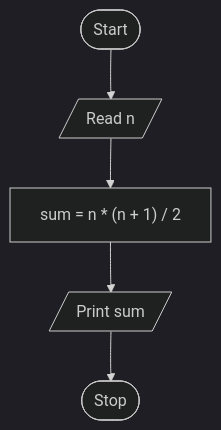
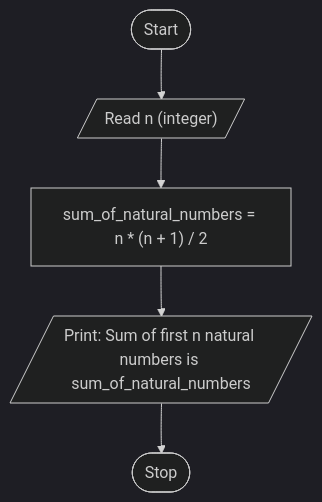
Before and after one commit to asvnphanindra/2026-27_PythonProgrammingCourse: the diagram in .faculty/observations/u1t8nat.md, drawn with Mermaid (dark theme). The commit also changed 20 other files, not shown here.

Commit message:
Expand Full-observation flowcharts with step-by-step Mermaid detail.

````diff
--- a/.faculty/observations/u1t8nat.md
+++ b/.faculty/observations/u1t8nat.md
@@ -40,12 +40,9 @@
 ```mermaid
 flowchart TD
-    N0(["Start"])
-    N1[/"Read n"/]
-    N2["sum = n * (n + 1) / 2"]
-    N3[/"Print sum"/]
-    N4(["Stop"])
-    N0 --> N1
-    N1 --> N2
-    N2 --> N3
-    N3 --> N4
+Start(["Start"])
+R1[/"Read n (integer)"/]
+P1["sum_of_natural_numbers = n * (n + 1) / 2"]
+O1[/"Print: Sum of first n natural numbers is sum_of_natural_numbers"/]
+Stop(["Stop"])
+Start --> R1 --> P1 --> O1 --> Stop
 ```
````
